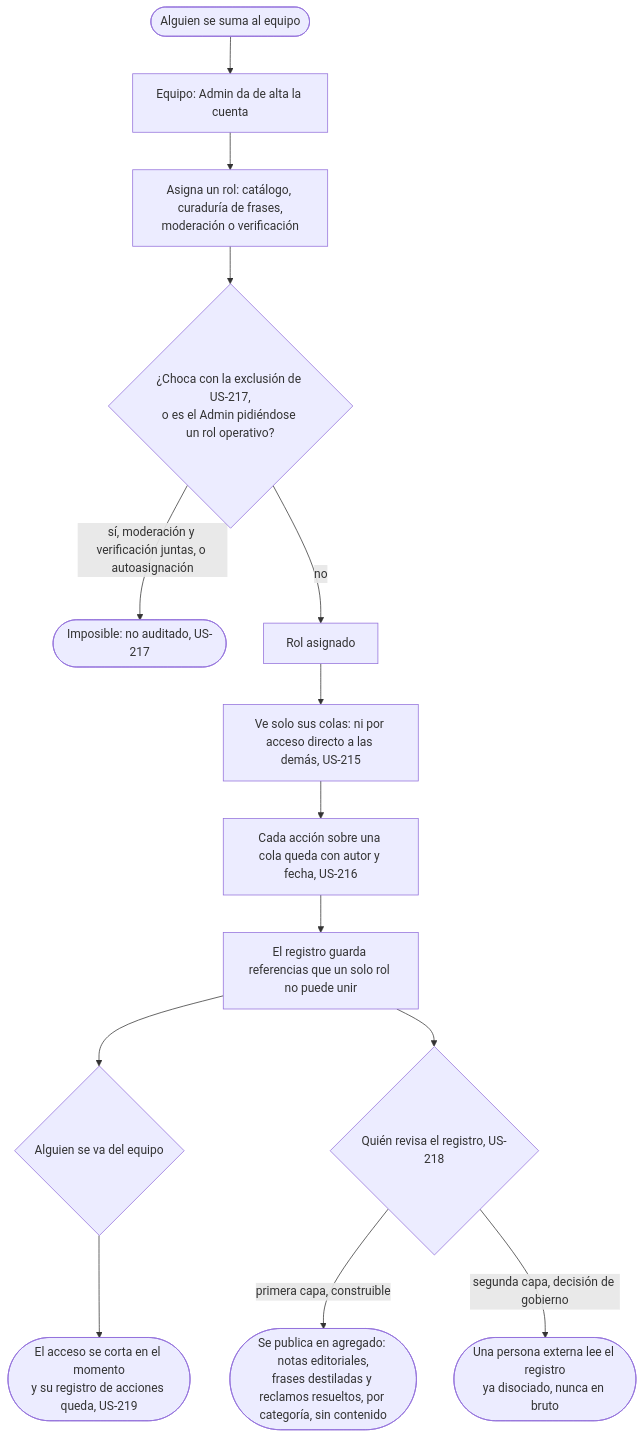
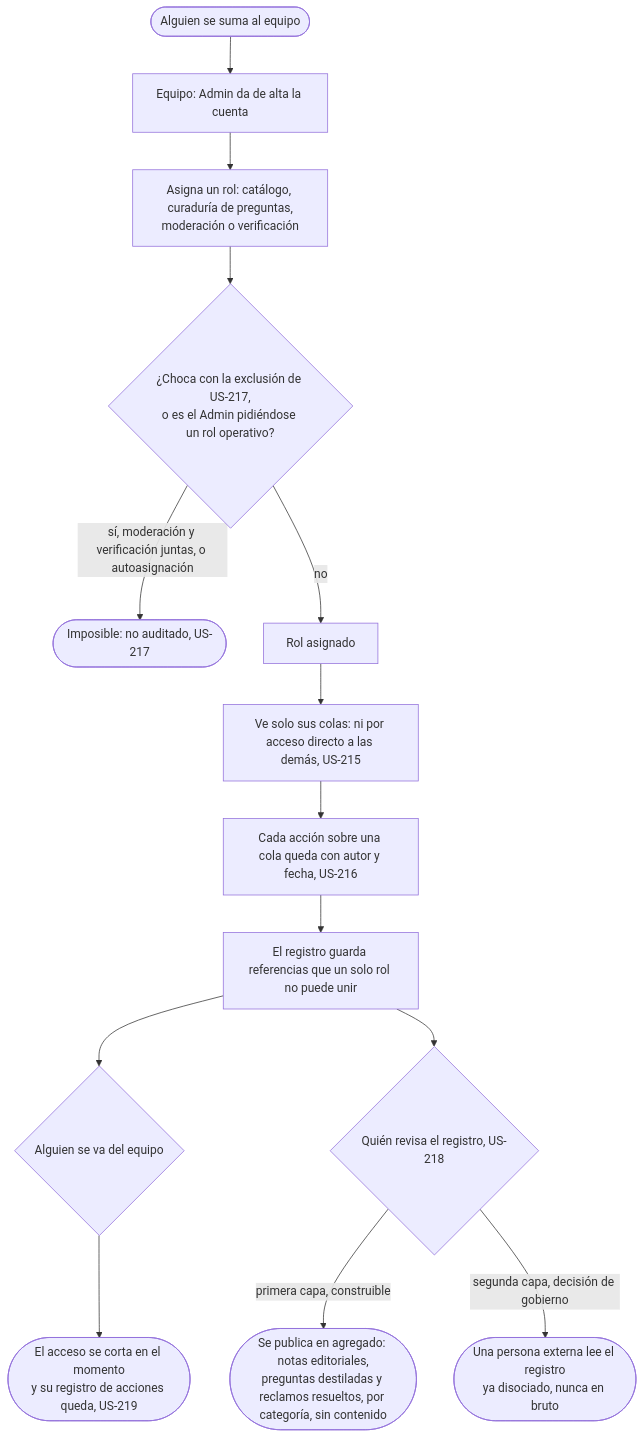
One commit to lucasidev/plan-b changed the diagram in docs/product/team/cut-the-access/flow.md. Above: the diagram before and after it, drawn with Mermaid. The commit also changed 136 other files, not shown here.

````diff
--- a/docs/product/team/cut-the-access/flow.md
+++ b/docs/product/team/cut-the-access/flow.md
@@ -5,16 +5,16 @@
 ```mermaid
 flowchart TD
   A([Alguien se suma al equipo]) --> B[Equipo: Admin da de alta la cuenta]
-  B --> C[Asigna un rol: catálogo, curaduría de frases,<br/>moderación o verificación]
+  B --> C[Asigna un rol: catálogo, curaduría de preguntas,<br/>moderación o verificación]
   C --> D{¿Choca con la exclusión de US-217,<br/>o es el Admin pidiéndose un rol operativo?}
   D -->|sí, moderación y verificación juntas, o autoasignación| E([Imposible: no auditado, US-217])
   D -->|no| F[Rol asignado]
   F --> I[Ve solo sus colas: ni por acceso directo a las demás, US-215]
   I --> J[Cada acción sobre una cola queda con autor y fecha, US-216]
   J --> K[El registro guarda referencias que un solo rol no puede unir]
   K --> L{Alguien se va del equipo}
   L --> M([El acceso se corta en el momento<br/>y su registro de acciones queda, US-219])
   K --> N{Quién revisa el registro, US-218}
-  N -->|primera capa, construible| N1([Se publica en agregado: notas editoriales,<br/>frases destiladas y reclamos resueltos, por categoría, sin contenido])
+  N -->|primera capa, construible| N1([Se publica en agregado: notas editoriales,<br/>preguntas destiladas y reclamos resueltos, por categoría, sin contenido])
   N -->|segunda capa, decisión de gobierno| N2([Una persona externa lee el registro<br/>ya disociado, nunca en bruto])
 ```
````
